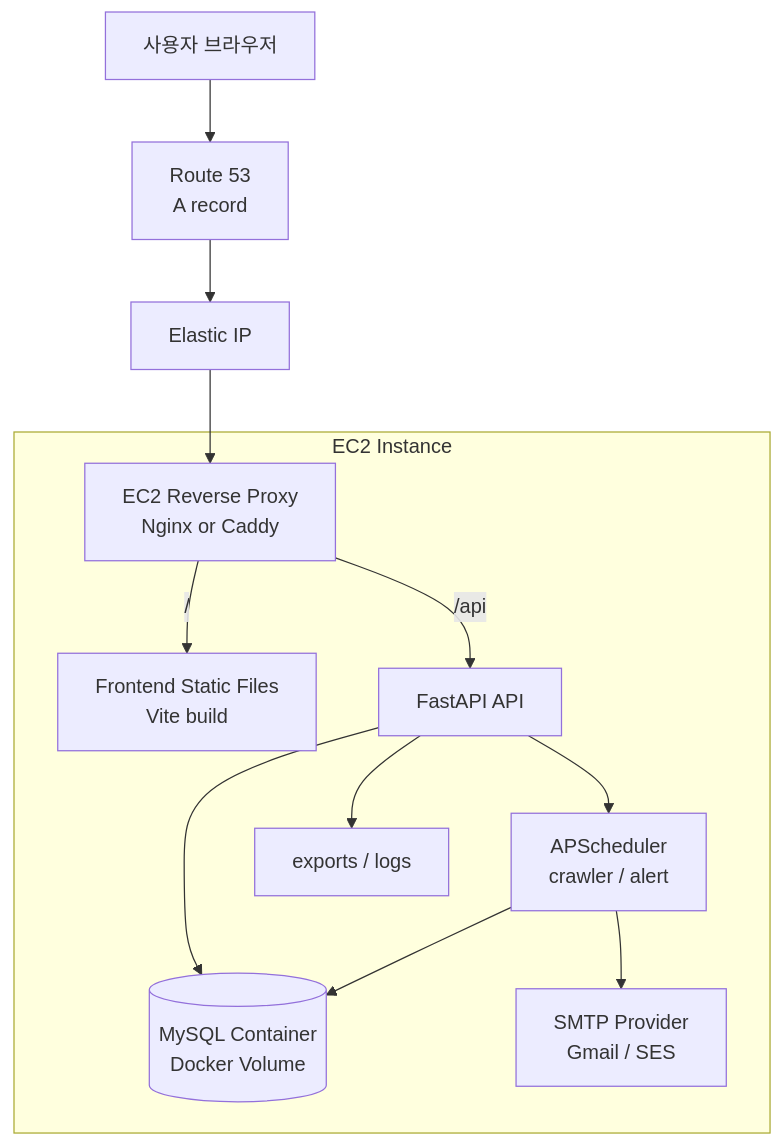
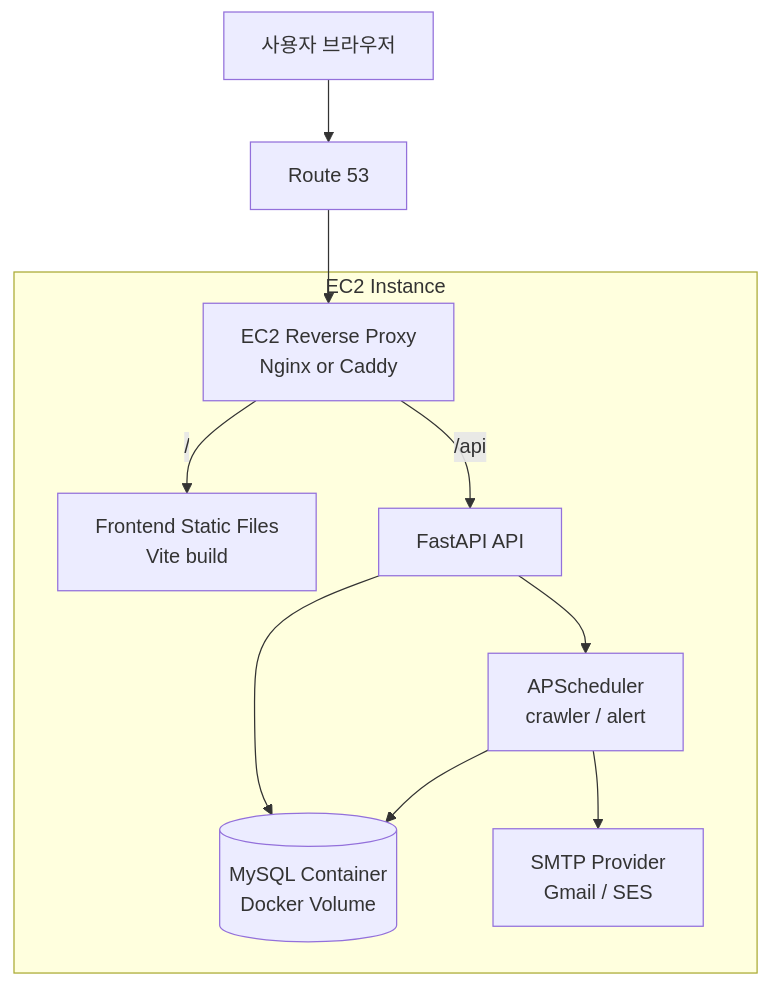
The second of 4 diagrams in README.md (seatosky2002/HowMuchApple), drawn with Mermaid before and after one commit. The commit also changed other lines of this file, not shown here.

Commit message:
docs: refine README crawling and schema notes

````diff
--- a/README.md
+++ b/README.md
@@ -85,19 +64,17 @@
 ```mermaid
 flowchart TD
     User[사용자 브라우저]
-    DNS[Route 53<br/>A record]
-    EIP[Elastic IP]
+    DNS[Route 53]
     Proxy[EC2 Reverse Proxy<br/>Nginx or Caddy]
 
     subgraph EC2["EC2 Instance"]
         Proxy -->|/| Frontend[Frontend Static Files<br/>Vite build]
         Proxy -->|/api| Backend[FastAPI API]
         Backend --> MySQL[(MySQL Container<br/>Docker Volume)]
         Backend --> Scheduler[APScheduler<br/>crawler / alert]
         Scheduler --> MySQL
         Scheduler --> SMTP[SMTP Provider<br/>Gmail / SES]
-        Backend --> Exports[exports / logs]
     end
 
-    User --> DNS --> EIP --> Proxy
+    User --> DNS --> Proxy
 ```
````
